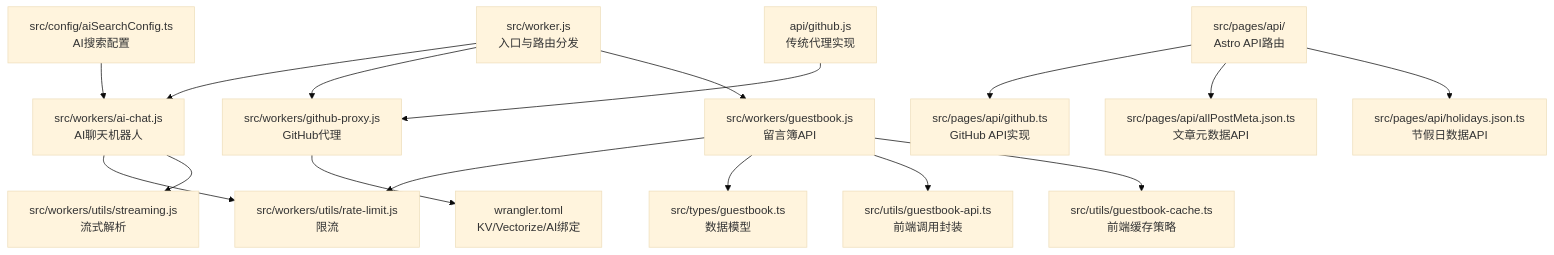
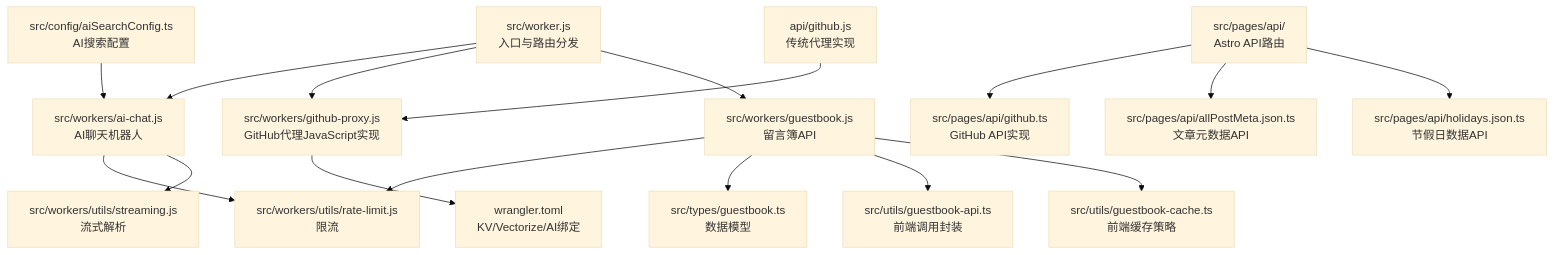
Before and after one commit to olx2990684400-sketch/olx-my-blog: the first of 7 diagrams in .qoder/repowiki/zh/content/API参考文档/Cloudflare Workers API.md, drawn with Mermaid (base theme). The commit also changed other lines of this file and 74 other files, not shown here.

````diff
--- a/.qoder/repowiki/zh/content/API参考文档/Cloudflare Workers API.md
+++ b/.qoder/repowiki/zh/content/API参考文档/Cloudflare Workers API.md
@@ -54,18 +54,18 @@
 ```mermaid
 graph TB
 A["src/worker.js<br/>入口与路由分发"] --> B["src/workers/ai-chat.js<br/>AI聊天机器人"]
-A --> C["src/workers/github-proxy.js<br/>GitHub代理"]
+A --> C["src/workers/github-proxy.js<br/>GitHub代理JavaScript实现"]
 A --> D["src/workers/guestbook.js<br/>留言簿API"]
 B --> E["src/workers/utils/rate-limit.js<br/>限流"]
 B --> F["src/workers/utils/streaming.js<br/>流式解析"]
 C --> G["wrangler.toml<br/>KV/Vectorize/AI绑定"]
 D --> E
 D --> H["src/types/guestbook.ts<br/>数据模型"]
 D --> I["src/utils/guestbook-api.ts<br/>前端调用封装"]
 D --> J["src/utils/guestbook-cache.ts<br/>前端缓存策略"]
 K["src/config/aiSearchConfig.ts<br/>AI搜索配置"] --> B
 L["src/pages/api/<br/>Astro API路由"] --> M["src/pages/api/github.ts<br/>GitHub API实现"]
 L --> N["src/pages/api/allPostMeta.json.ts<br/>文章元数据API"]
 L --> O["src/pages/api/holidays.json.ts<br/>节假日数据API"]
 P["api/github.js<br/>传统代理实现"] --> C
 ```
````
